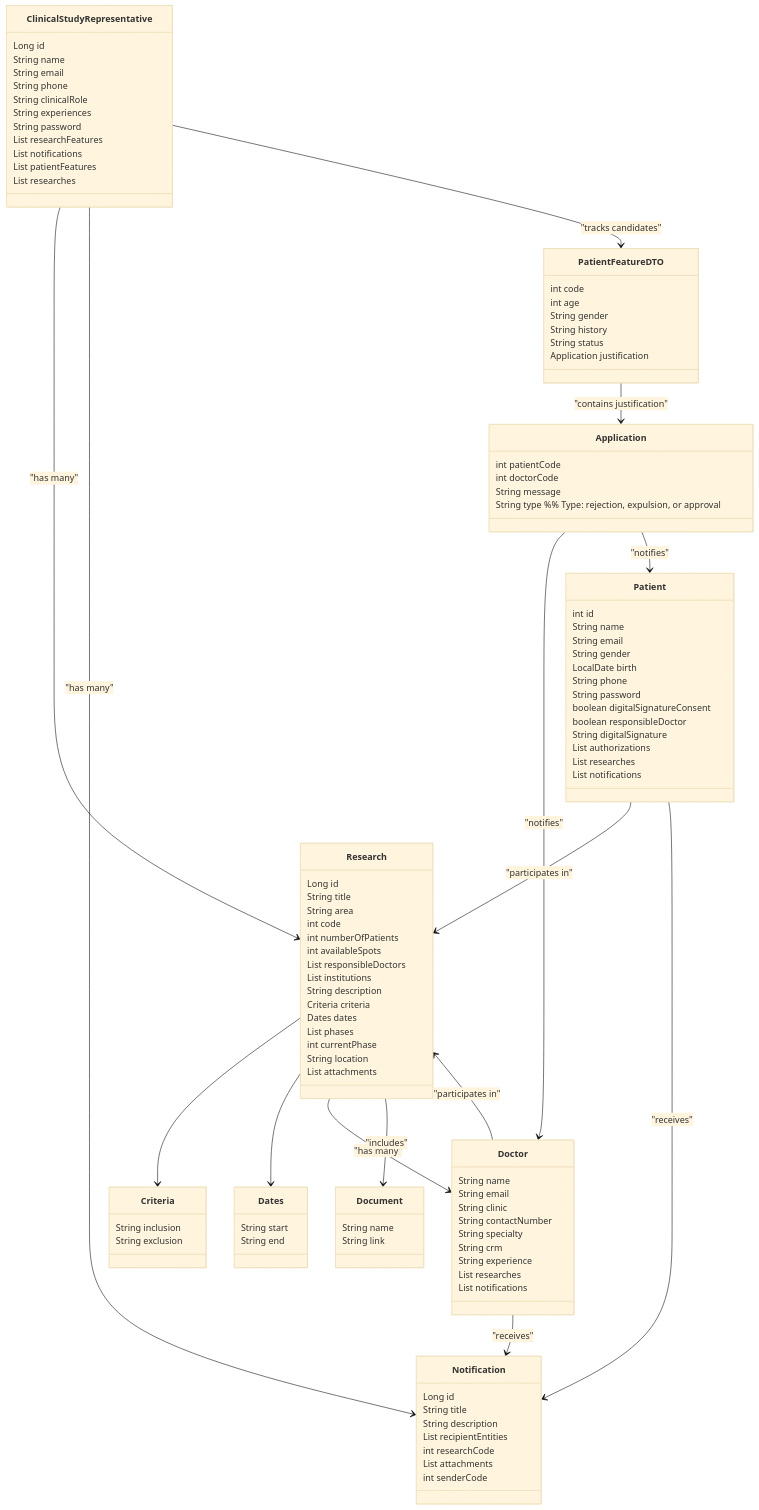
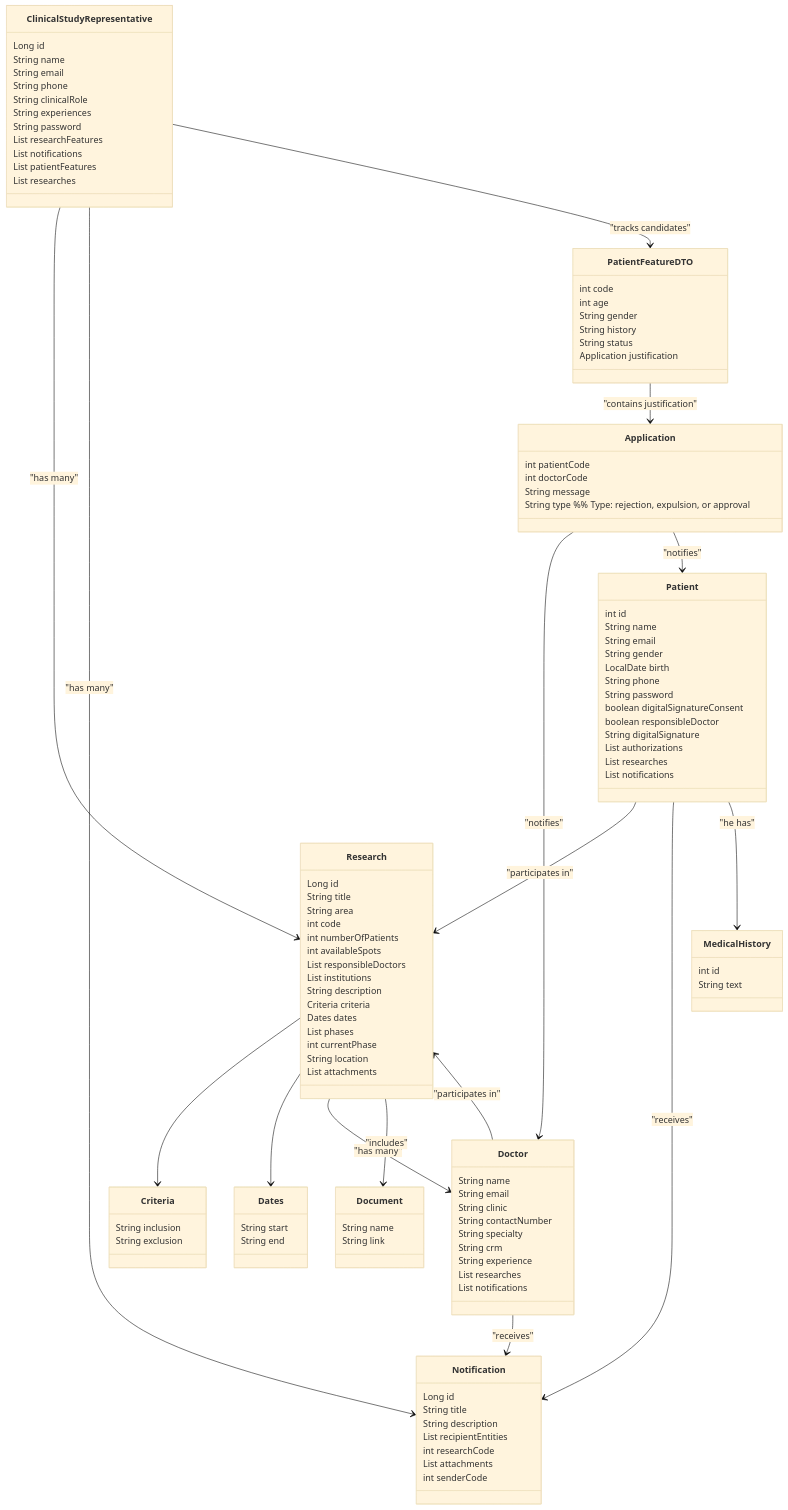
The third of 15 diagrams in README.md (andrefilipe1310/inovamed-), drawn with Mermaid (base theme) before and after one commit.

```diff
--- a/README.md
+++ b/README.md
@@ -115,6 +115,10 @@
         List<Research> researches
         List<Notification> notifications
     }
+    class MedicalHistory {
+        int id
+        String text
+    }
 
     class PatientFeatureDTO {
         int code
@@ -161,6 +165,7 @@
     Doctor --> Notification : "receives"
     Patient --> Research : "participates in"
     Patient --> Notification : "receives"
+    Patient --> MedicalHistory : "he has"
     PatientFeatureDTO --> Application : "contains justification"
     Application --> Doctor : "notifies"
     Application --> Patient : "notifies"
```
